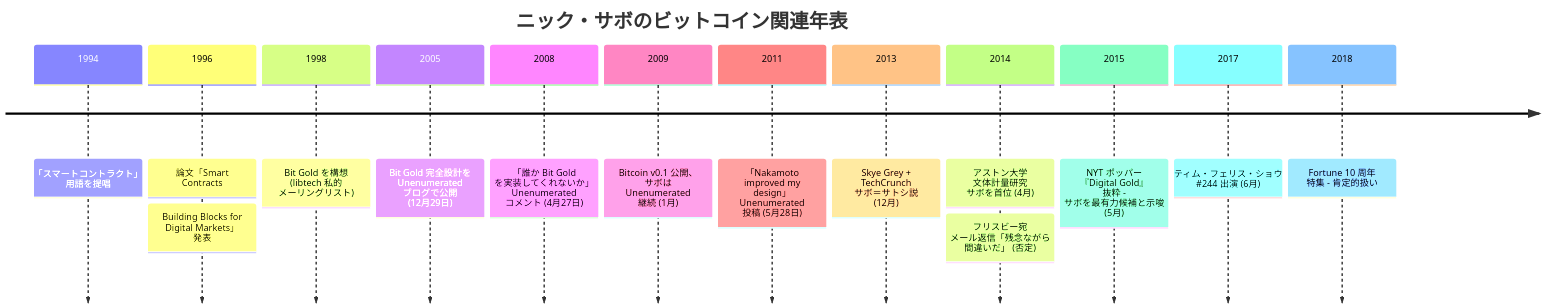
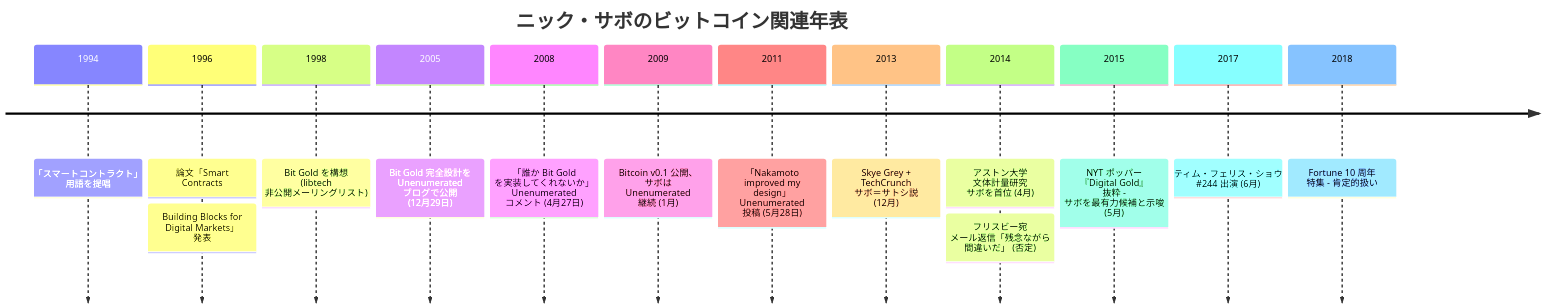
One commit to cypher256/BitcoinArchive changed the diagram in src/data/translations/ja/aftermath/2005-12-29-nick-szabo-biography.md. Above: the diagram before and after it, drawn with Mermaid. The commit also changed 30 other files, not shown here.

````diff
--- a/src/data/translations/ja/aftermath/2005-12-29-nick-szabo-biography.md
+++ b/src/data/translations/ja/aftermath/2005-12-29-nick-szabo-biography.md
@@ -47,17 +47,17 @@
 ```mermaid
 timeline
     title ニック・サボのビットコイン関連年表
     1994 : 「スマートコントラクト」 用語を提唱
     1996 : 論文「Smart Contracts: Building Blocks for Digital Markets」 発表
-    1998 : Bit Gold を構想 (libtech 私的 メーリングリスト)
+    1998 : Bit Gold を構想 (libtech 非公開メーリングリスト)
     2005 : Bit Gold 完全設計を Unenumerated ブログで公開 (12月29日)
     2008 : 「誰か Bit Gold を実装してくれないか」 Unenumerated コメント (4月27日)
     2009 : Bitcoin v0.1 公開、 サボは Unenumerated 継続 (1月)
     2011 : 「Nakamoto improved my design」 Unenumerated 投稿 (5月28日)
     2013 : Skye Grey + TechCrunch サボ＝サトシ説 (12月)
     2014 : アストン大学 文体計量研究 サボを首位 (4月)
          : フリスビー宛 メール返信「残念ながら 間違いだ」 (否定)
     2015 : NYT ポッパー 『Digital Gold』 抜粋 - サボを最有力候補と示唆 (5月)
     2017 : ティム・フェリス・ショウ #244 出演 (6月)
     2018 : Fortune 10 周年 特集 - 肯定的扱い
 ```
````
